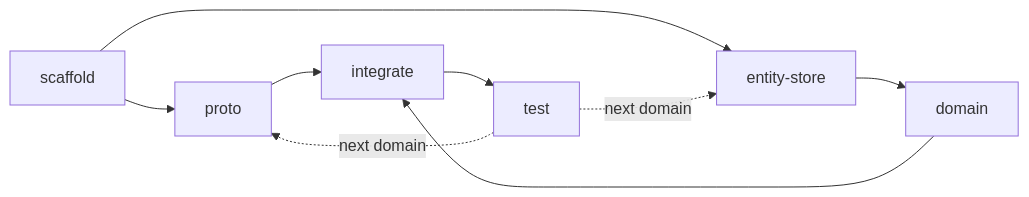
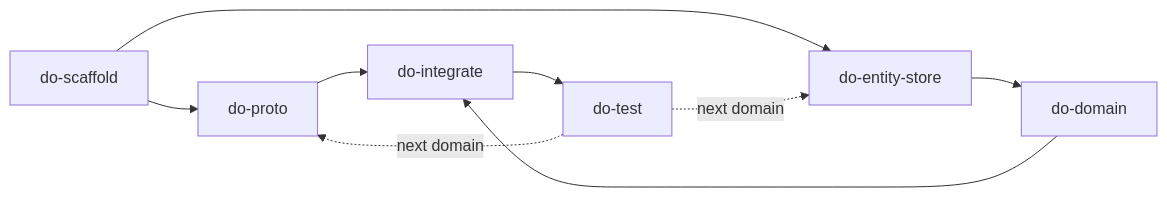
The diagram in README.md (viqueen/claude-go-playground), drawn with Mermaid before and after one commit. The commit also changed other lines of this file and 7 other files, not shown here.

````diff
--- a/README.md
+++ b/README.md
@@ -67,11 +67,11 @@
 ```mermaid
 graph LR
-    scaffold --> proto
-    scaffold --> entity-store
-    proto --> integrate
-    entity-store --> domain
-    domain --> integrate
-    integrate --> test
-    test -.->|next domain| proto
-    test -.->|next domain| entity-store
+    do-scaffold --> do-proto
+    do-scaffold --> do-entity-store
+    do-proto --> do-integrate
+    do-entity-store --> do-domain
+    do-domain --> do-integrate
+    do-integrate --> do-test
+    do-test -.->|next domain| do-proto
+    do-test -.->|next domain| do-entity-store
 ```
````
